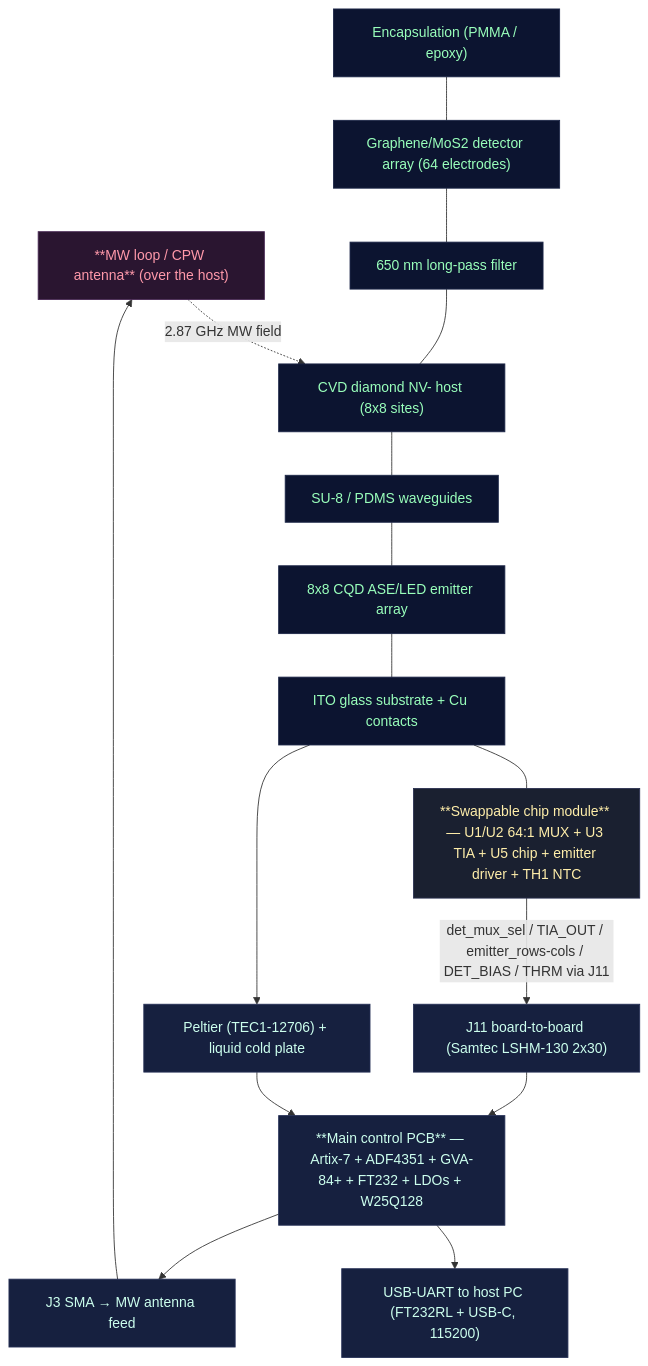
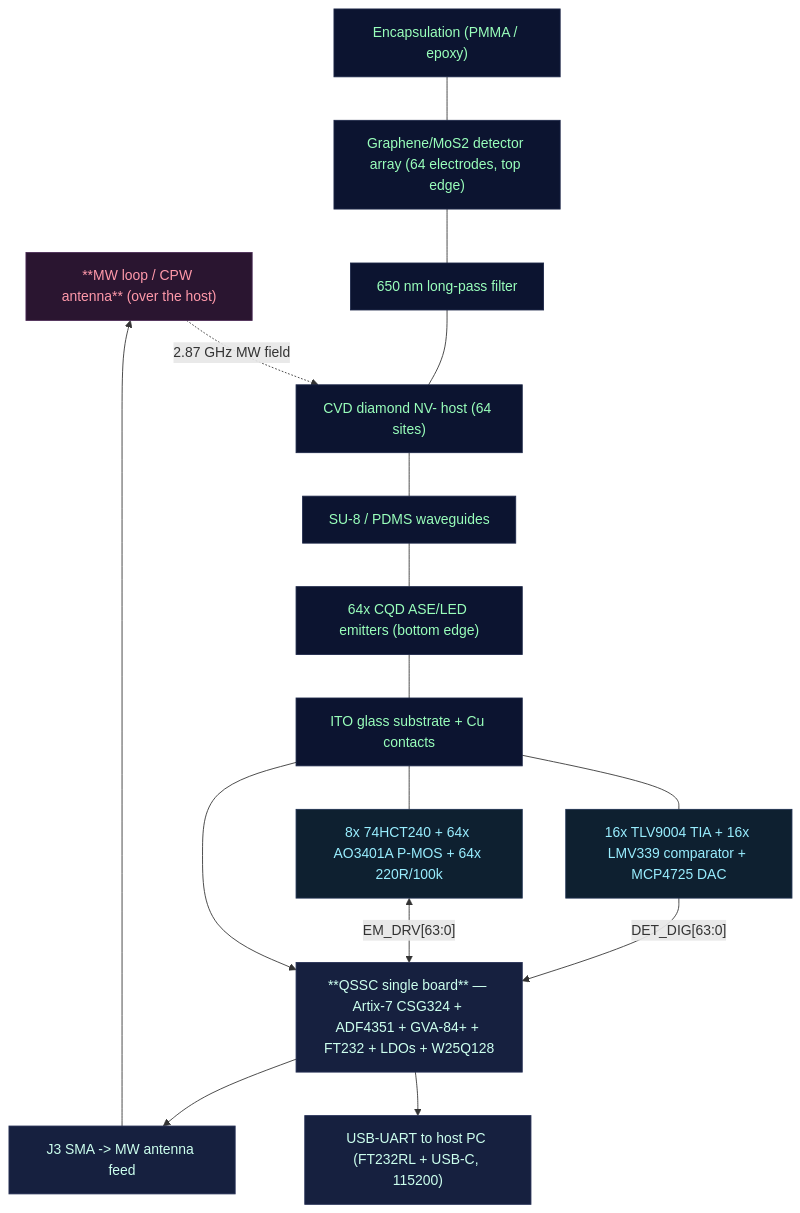
The second of 2 diagrams in hardware/HARDWARE_DESIGN.md (VABISMO/QSSC), drawn with Mermaid before and after one commit. The commit also changed other lines of this file and 15 other files, not shown here.

````diff
--- a/hardware/HARDWARE_DESIGN.md
+++ b/hardware/HARDWARE_DESIGN.md
@@ -159,31 +172,31 @@
 ```mermaid
 flowchart TB
   classDef pcb fill:#16203f,stroke:#263056,color:#cfe
   classDef chip fill:#0c1430,stroke:#1d2748,color:#9fb
   classDef mw fill:#2a1530,stroke:#4a2a55,color:#f9a
-  classDef mod fill:#1a2030,stroke:#2a3050,color:#fea
+  classDef fe fill:#0e2030,stroke:#1e3050,color:#9ef
 
   ANT["**MW loop / CPW antenna** (over the host)"]:::mw
   ENC["Encapsulation (PMMA / epoxy)"]:::chip
-  DET["Graphene/MoS2 detector array (64 electrodes)"]:::chip
+  DET["Graphene/MoS2 detector array (64 electrodes, top edge)"]:::chip
   FILT["650 nm long-pass filter"]:::chip
-  HOST["CVD diamond NV- host (8x8 sites)"]:::chip
+  HOST["CVD diamond NV- host (64 sites)"]:::chip
   WG["SU-8 / PDMS waveguides"]:::chip
-  EM["8x8 CQD ASE/LED emitter array"]:::chip
+  EM["64x CQD ASE/LED emitters (bottom edge)"]:::chip
   SUB["ITO glass substrate + Cu contacts"]:::chip
-  MOD["**Swappable chip module** — U1/U2 64:1 MUX + U3 TIA + U5 chip + emitter driver + TH1 NTC"]:::mod
-  J11["J11 board-to-board (Samtec LSHM-130 2x30)"]:::pcb
-  TEC["Peltier (TEC1-12706) + liquid cold plate"]:::pcb
-  PCB["**Main control PCB** — Artix-7 + ADF4351 + GVA-84+ + FT232 + LDOs + W25Q128"]:::pcb
+  TIA["16x TLV9004 TIA + 16x LMV339 comparator + MCP4725 DAC"]:::fe
+  DRV["8x 74HCT240 + 64x AO3401A P-MOS + 64x 220R/100k"]:::fe
+  PCB["**QSSC single board** — Artix-7 CSG324 + ADF4351 + GVA-84+ + FT232 + LDOs + W25Q128"]:::pcb
   USB["USB-UART to host PC (FT232RL + USB-C, 115200)"]:::pcb
-  SMA["J3 SMA → MW antenna feed"]:::pcb
+  SMA["J3 SMA -> MW antenna feed"]:::pcb
 
   ANT -. "2.87 GHz MW field" .-> HOST
   ENC --- DET --- FILT --- HOST --- WG --- EM --- SUB
-  SUB --- MOD
-  MOD -->|"det_mux_sel / TIA_OUT / emitter_rows-cols / DET_BIAS / THRM via J11"| J11
-  J11 --> PCB
-  SUB --> TEC --> PCB
+  SUB --- TIA
+  SUB --- DRV
+  TIA -->|"DET_DIG[63:0]"| PCB
+  DRV <-->|"EM_DRV[63:0]"| PCB
+  SUB --> PCB
   PCB --> USB
   PCB --> SMA --> ANT
 ```
````
